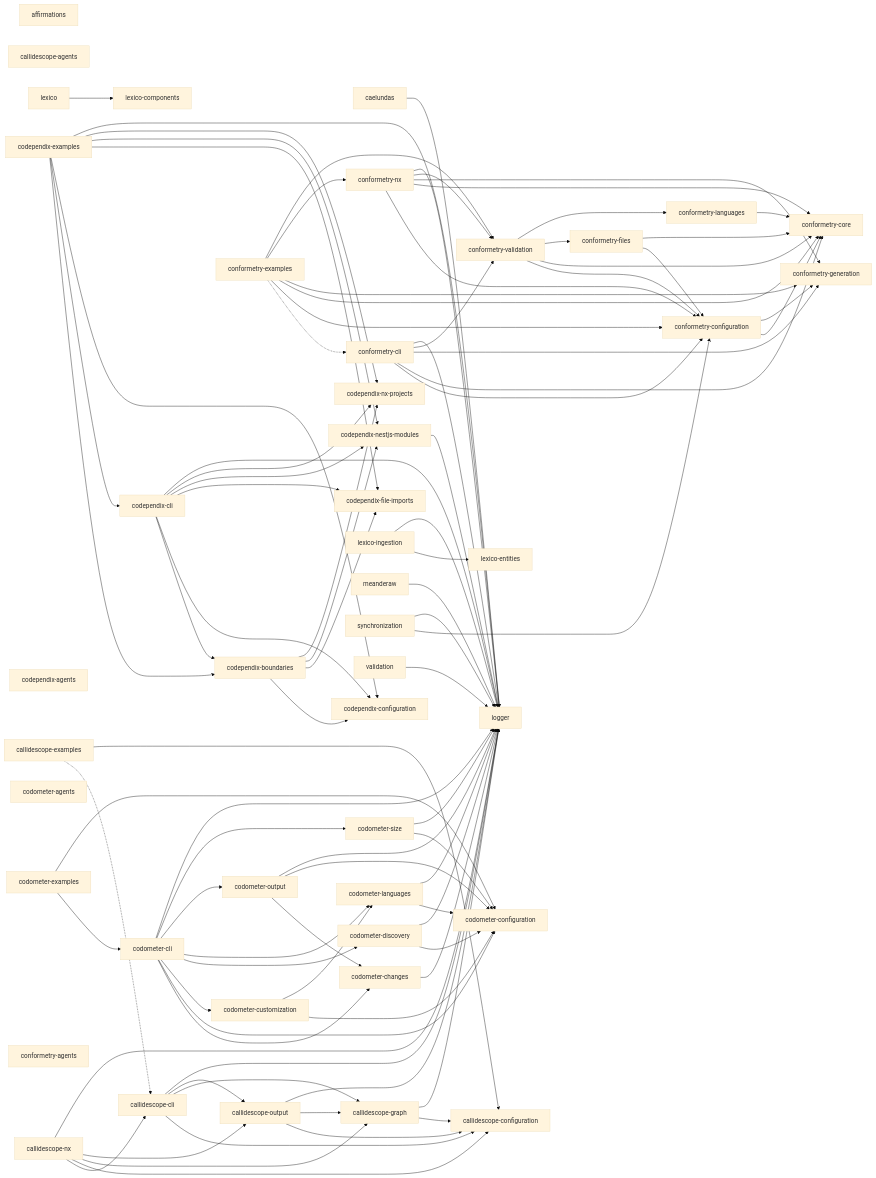
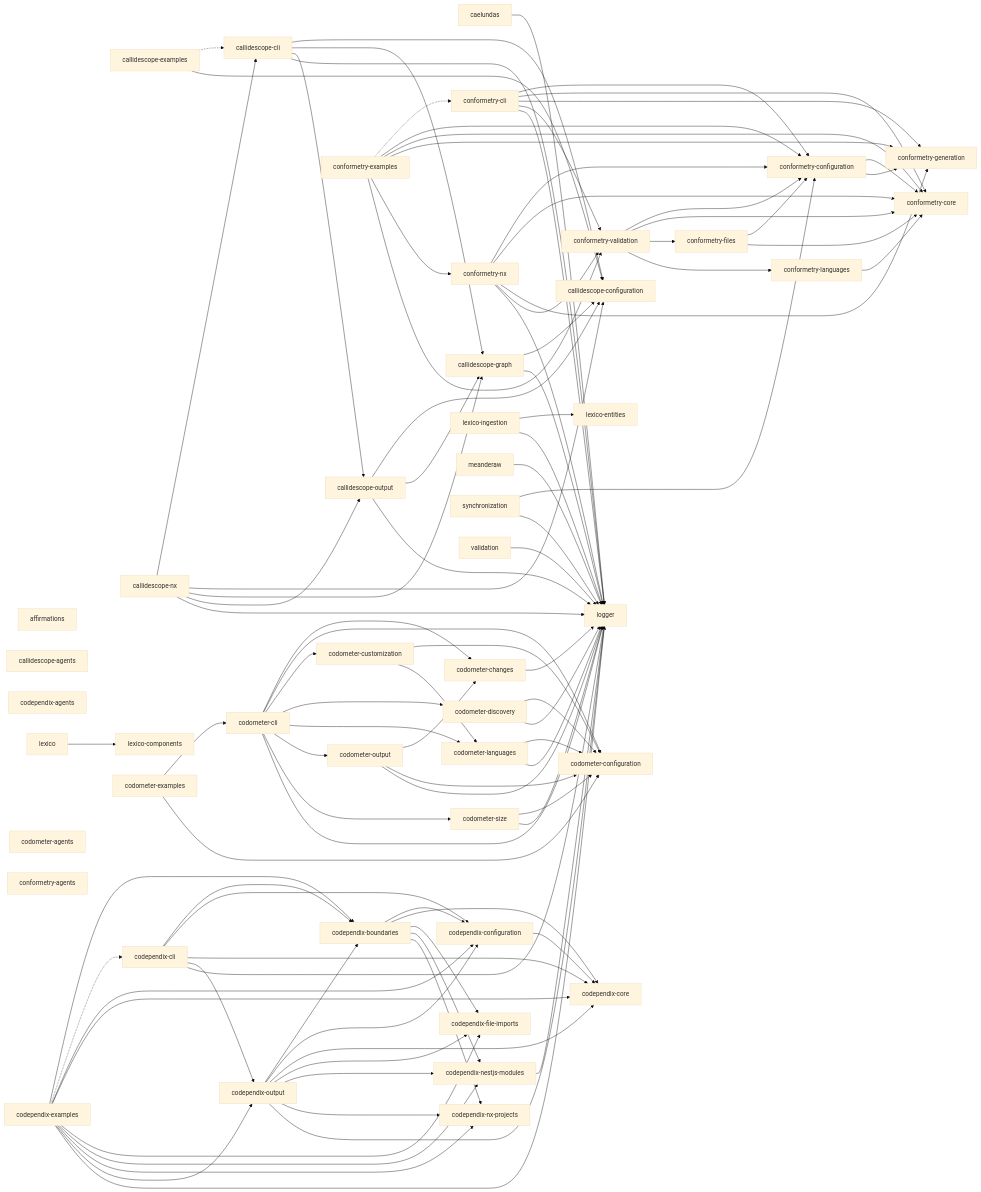
The diagram in README.md (JimmyPaolini/codebase), drawn with Mermaid (base theme) before and after one commit. The commit also changed other lines of this file and 4 other files, not shown here.

```diff
--- a/README.md
+++ b/README.md
@@ -200,10 +200,12 @@
   codependix_boundaries["codependix-boundaries"]
   codependix_cli["codependix-cli"]
   codependix_configuration["codependix-configuration"]
+  codependix_core["codependix-core"]
   codependix_examples["codependix-examples"]
   codependix_file_imports["codependix-file-imports"]
   codependix_nestjs_modules["codependix-nestjs-modules"]
   codependix_nx_projects["codependix-nx-projects"]
+  codependix_output["codependix-output"]
   codometer_agents["codometer-agents"]
   codometer_changes["codometer-changes"]
   codometer_cli["codometer-cli"]
@@ -250,23 +252,33 @@
   callidescope_output --> callidescope_graph
   callidescope_output --> logger
   codependix_boundaries --> codependix_configuration
+  codependix_boundaries --> codependix_core
   codependix_boundaries --> codependix_file_imports
   codependix_boundaries --> codependix_nestjs_modules
   codependix_boundaries --> codependix_nx_projects
   codependix_cli --> codependix_boundaries
   codependix_cli --> codependix_configuration
-  codependix_cli --> codependix_file_imports
-  codependix_cli --> codependix_nestjs_modules
-  codependix_cli --> codependix_nx_projects
+  codependix_cli --> codependix_core
+  codependix_cli --> codependix_output
   codependix_cli --> logger
+  codependix_configuration --> codependix_core
   codependix_examples --> codependix_boundaries
-  codependix_examples --> codependix_cli
+  codependix_examples -.-> codependix_cli
   codependix_examples --> codependix_configuration
+  codependix_examples --> codependix_core
   codependix_examples --> codependix_file_imports
   codependix_examples --> codependix_nestjs_modules
   codependix_examples --> codependix_nx_projects
+  codependix_examples --> codependix_output
   codependix_examples --> logger
   codependix_nestjs_modules --> logger
+  codependix_output --> codependix_boundaries
+  codependix_output --> codependix_configuration
+  codependix_output --> codependix_core
+  codependix_output --> codependix_file_imports
+  codependix_output --> codependix_nestjs_modules
+  codependix_output --> codependix_nx_projects
+  codependix_output --> logger
   codometer_changes --> logger
   codometer_cli --> codometer_changes
   codometer_cli --> codometer_configuration
```
